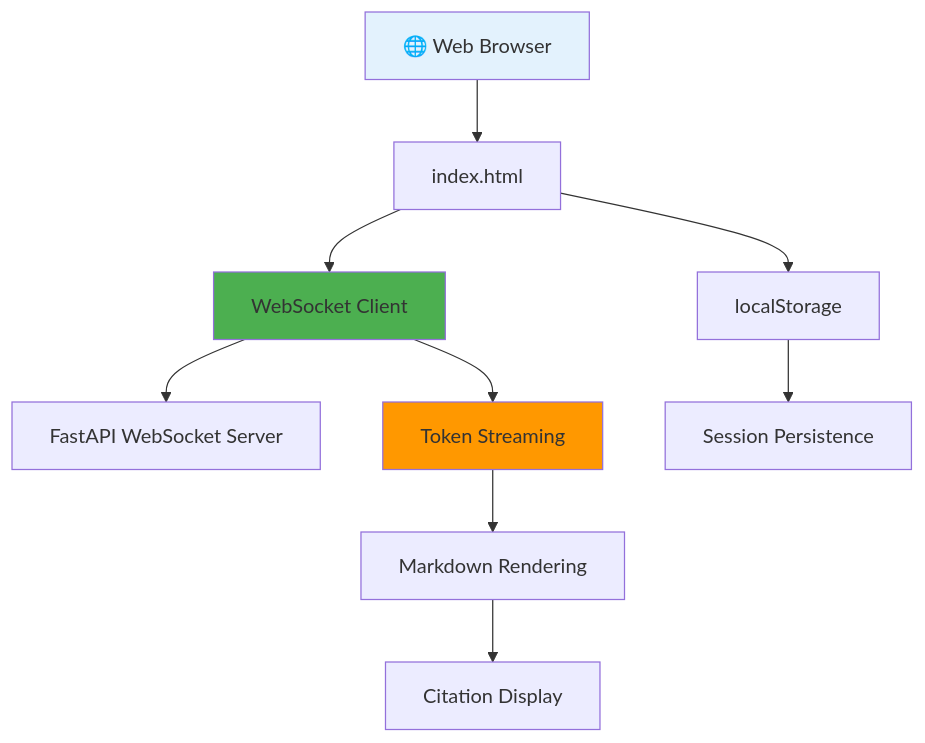
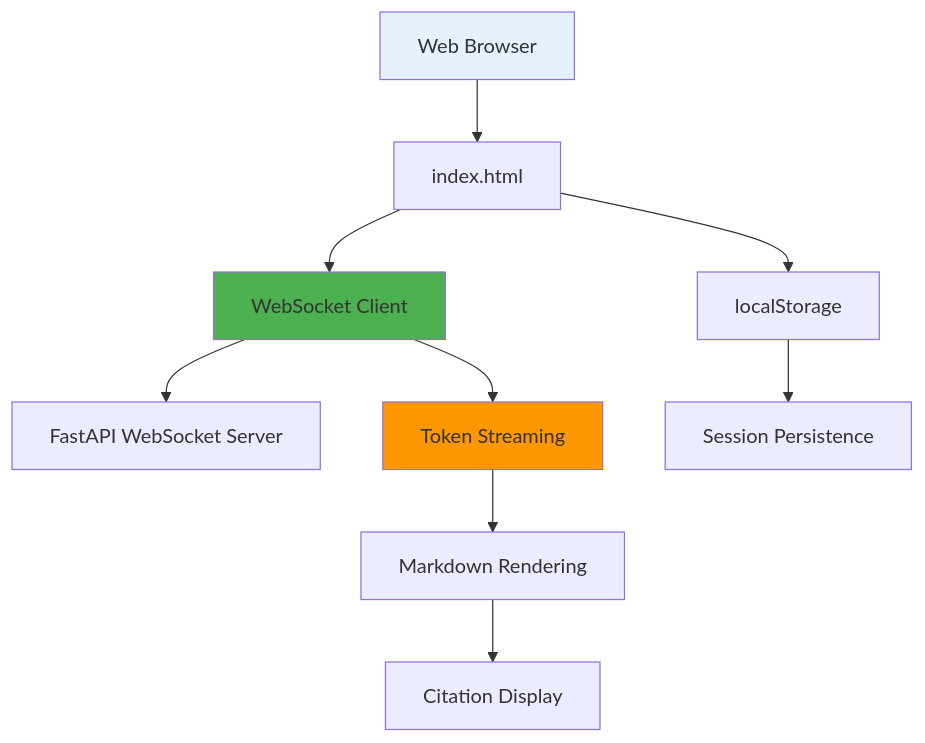
One commit to Senummm/MedArchive-Rag changed the diagram in docs/modules/frontend.md. Above: the diagram before and after it, drawn with Mermaid. The commit also changed other lines of this file and 7 other files, not shown here.

````diff
--- a/docs/modules/frontend.md
+++ b/docs/modules/frontend.md
@@ -11,17 +11,17 @@
 ```mermaid
 graph TB
-    Browser[🌐 Web Browser] --> HTML[index.html]
+    Browser[Web Browser] --> HTML[index.html]
     HTML --> WS[WebSocket Client]
     WS --> API[FastAPI WebSocket Server]
 
     HTML --> LocalStorage[localStorage]
     LocalStorage --> Session[Session Persistence]
 
     WS --> Stream[Token Streaming]
     Stream --> Render[Markdown Rendering]
     Render --> Citations[Citation Display]
 
     style Browser fill:#e3f2fd
     style WS fill:#4caf50
     style Stream fill:#ff9800
 ```
````
